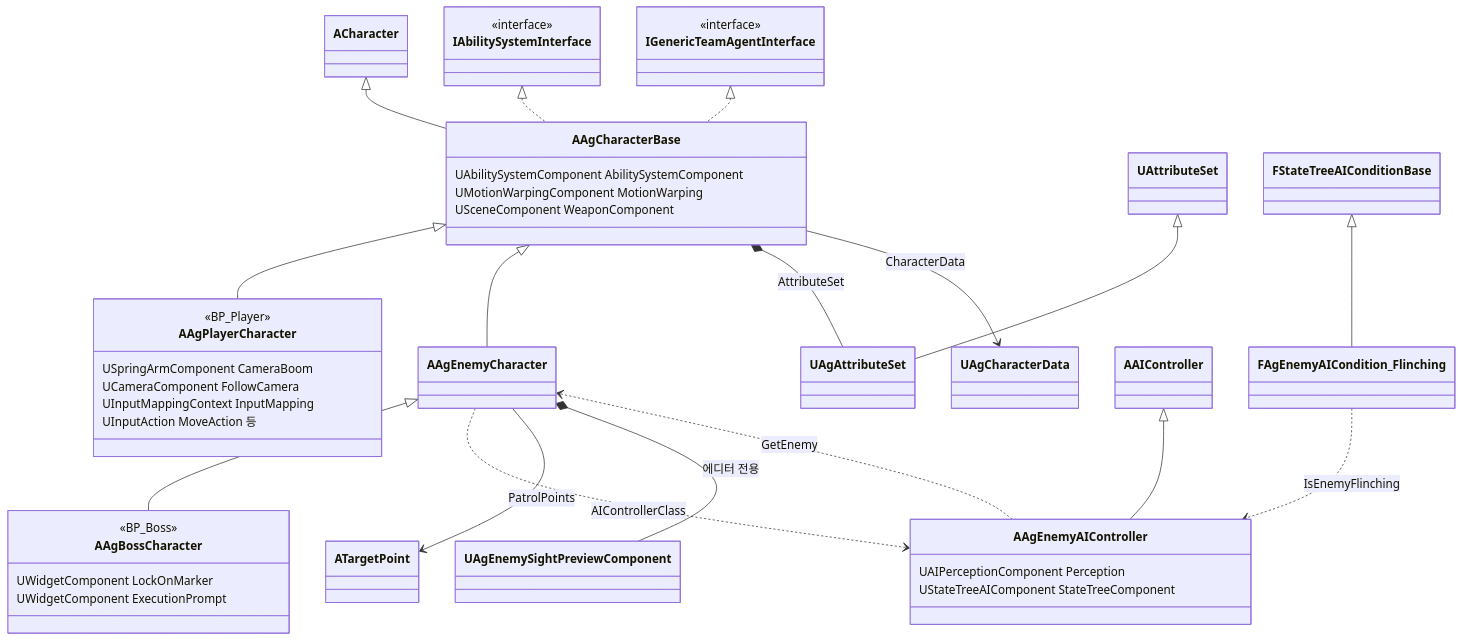
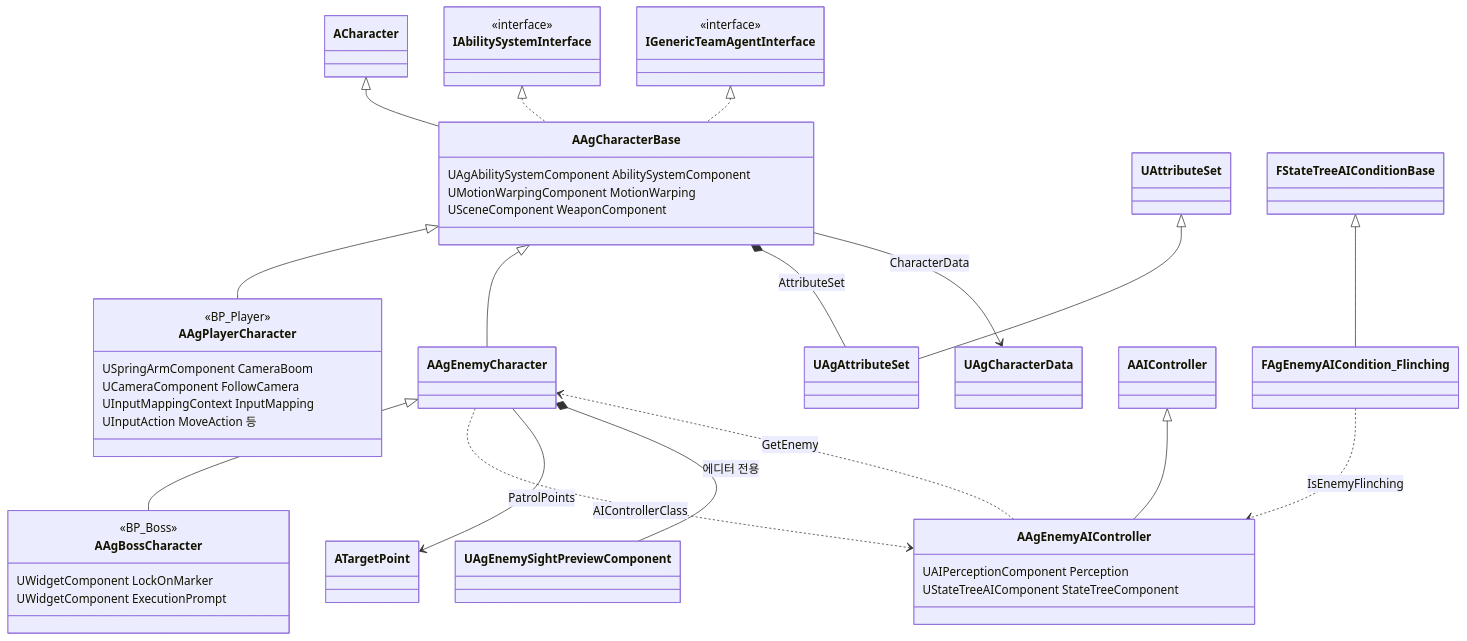
The first of 5 diagrams in Docs/Architecture/캐릭터 기반 구조와 GAS.md (Woogl/Ag), drawn with Mermaid before and after one commit. The commit also changed other lines of this file and 48 other files, not shown here.

````diff
--- a/Docs/Architecture/캐릭터 기반 구조와 GAS.md
+++ b/Docs/Architecture/캐릭터 기반 구조와 GAS.md
@@ -39,48 +39,48 @@
 ```mermaid
 classDiagram
     direction TB
     class IAbilitySystemInterface {
         <<interface>>
     }
     class IGenericTeamAgentInterface {
         <<interface>>
     }
     class AAgCharacterBase {
-        UAbilitySystemComponent AbilitySystemComponent
+        UAgAbilitySystemComponent AbilitySystemComponent
         UMotionWarpingComponent MotionWarping
         USceneComponent WeaponComponent
     }
     class AAgPlayerCharacter {
         <<BP_Player>>
         USpringArmComponent CameraBoom
         UCameraComponent FollowCamera
         UInputMappingContext InputMapping
         UInputAction MoveAction 등
     }
     class AAgBossCharacter {
         <<BP_Boss>>
         UWidgetComponent LockOnMarker
         UWidgetComponent ExecutionPrompt
     }
     class AAgEnemyAIController {
         UAIPerceptionComponent Perception
         UStateTreeAIComponent StateTreeComponent
     }
     ACharacter <|-- AAgCharacterBase
     IAbilitySystemInterface <|.. AAgCharacterBase
     IGenericTeamAgentInterface <|.. AAgCharacterBase
     AAgCharacterBase <|-- AAgPlayerCharacter
     AAgCharacterBase <|-- AAgEnemyCharacter
     AAgEnemyCharacter <|-- AAgBossCharacter
 
     AAgCharacterBase *-- UAgAttributeSet : AttributeSet
     UAttributeSet <|-- UAgAttributeSet
     AAgCharacterBase --> UAgCharacterData : CharacterData
     AAgEnemyCharacter ..> AAgEnemyAIController : AIControllerClass
     AAgEnemyCharacter --> ATargetPoint : PatrolPoints
     AAgEnemyCharacter *-- UAgEnemySightPreviewComponent : 에디터 전용
     AAIController <|-- AAgEnemyAIController
     AAgEnemyAIController ..> AAgEnemyCharacter : GetEnemy
     FStateTreeAIConditionBase <|-- FAgEnemyAICondition_Flinching
     FAgEnemyAICondition_Flinching ..> AAgEnemyAIController : IsEnemyFlinching
 ```
````
